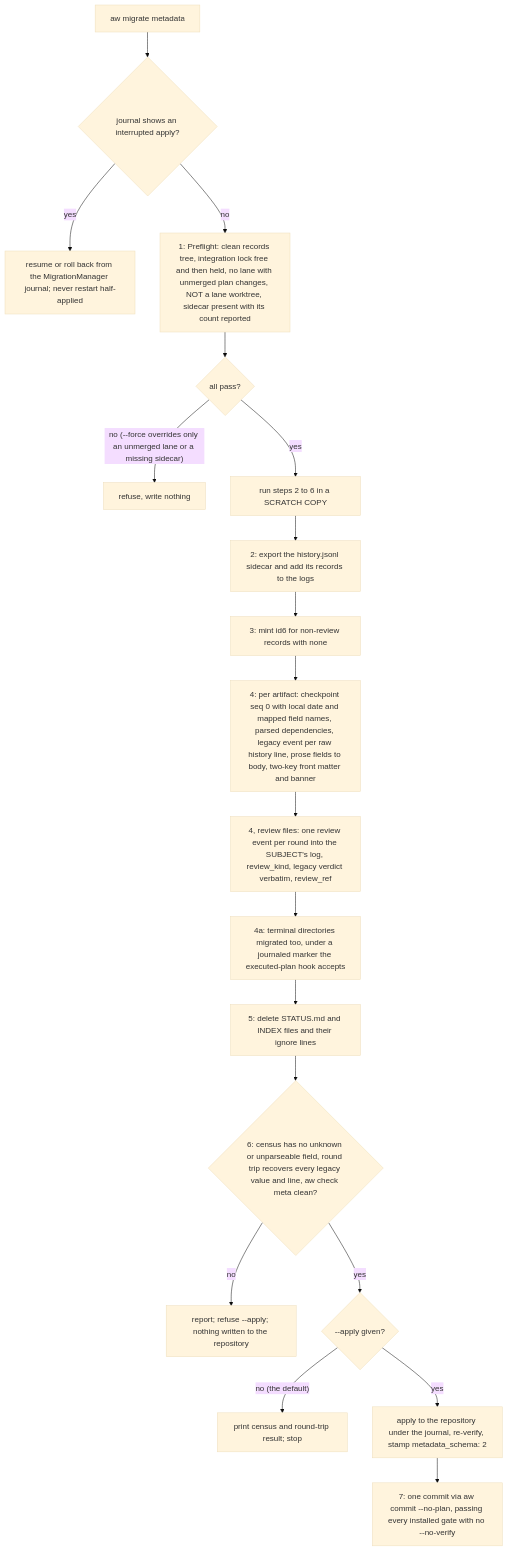
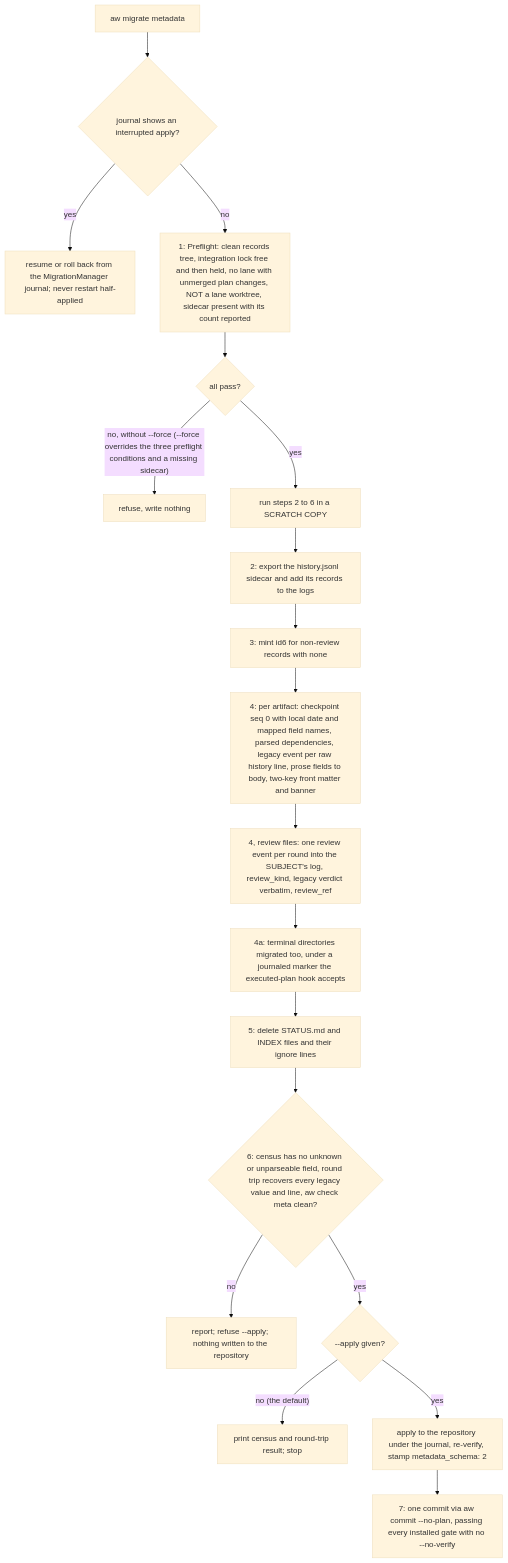
Before and after one commit to fariello/agent-workflows: the eighth of 10 diagrams in .aw/records/specs/reviewed/20260925-metastore-01-4sd62s-artifact-metadata-store.spec.md, drawn with Mermaid (base theme). The commit also changed other lines of this file, not shown here.

First line of the commit message:
spec(4sd62s): resolve OQ-12 by maintainer decision: --force overrides all three cutover preflight conditions

````diff
--- a/.aw/records/specs/reviewed/20260925-metastore-01-4sd62s-artifact-metadata-store.spec.md
+++ b/.aw/records/specs/reviewed/20260925-metastore-01-4sd62s-artifact-metadata-store.spec.md
@@ -1336,21 +1336,21 @@
 ```mermaid
 flowchart TD
     Z["aw migrate metadata"] --> Z1{"journal shows an interrupted apply?"}
     Z1 -- yes --> Z2["resume or roll back from the MigrationManager journal; never restart half-applied"]
     Z1 -- no --> P["1: Preflight: clean records tree, integration lock free and then held, no lane with unmerged plan changes, NOT a lane worktree, sidecar present with its count reported"]
     P --> Q{"all pass?"}
-    Q -- "no (--force overrides only an unmerged lane or a missing sidecar)" --> R["refuse, write nothing"]
+    Q -- "no, without --force (--force overrides the three preflight conditions and a missing sidecar)" --> R["refuse, write nothing"]
     Q -- yes --> W["run steps 2 to 6 in a SCRATCH COPY"]
     W --> S2["2: export the history.jsonl sidecar and add its records to the logs"]
     S2 --> S3["3: mint id6 for non-review records with none"]
     S3 --> S4["4: per artifact: checkpoint seq 0 with local date and mapped field names, parsed dependencies, legacy event per raw history line, prose fields to body, two-key front matter and banner"]
     S4 --> S4r["4, review files: one review event per round into the SUBJECT's log, review_kind, legacy verdict verbatim, review_ref"]
     S4r --> S4a["4a: terminal directories migrated too, under a journaled marker the executed-plan hook accepts"]
     S4a --> S5["5: delete STATUS.md and INDEX files and their ignore lines"]
     S5 --> S6{"6: census has no unknown or unparseable field, round trip recovers every legacy value and line, aw check meta clean?"}
     S6 -- no --> X["report; refuse --apply; nothing written to the repository"]
     S6 -- yes --> Y{"--apply given?"}
     Y -- "no (the default)" --> Y1["print census and round-trip result; stop"]
     Y -- yes --> Y2["apply to the repository under the journal, re-verify, stamp metadata_schema: 2"]
     Y2 --> S7["7: one commit via aw commit --no-plan, passing every installed gate with no --no-verify"]
 ```
````
